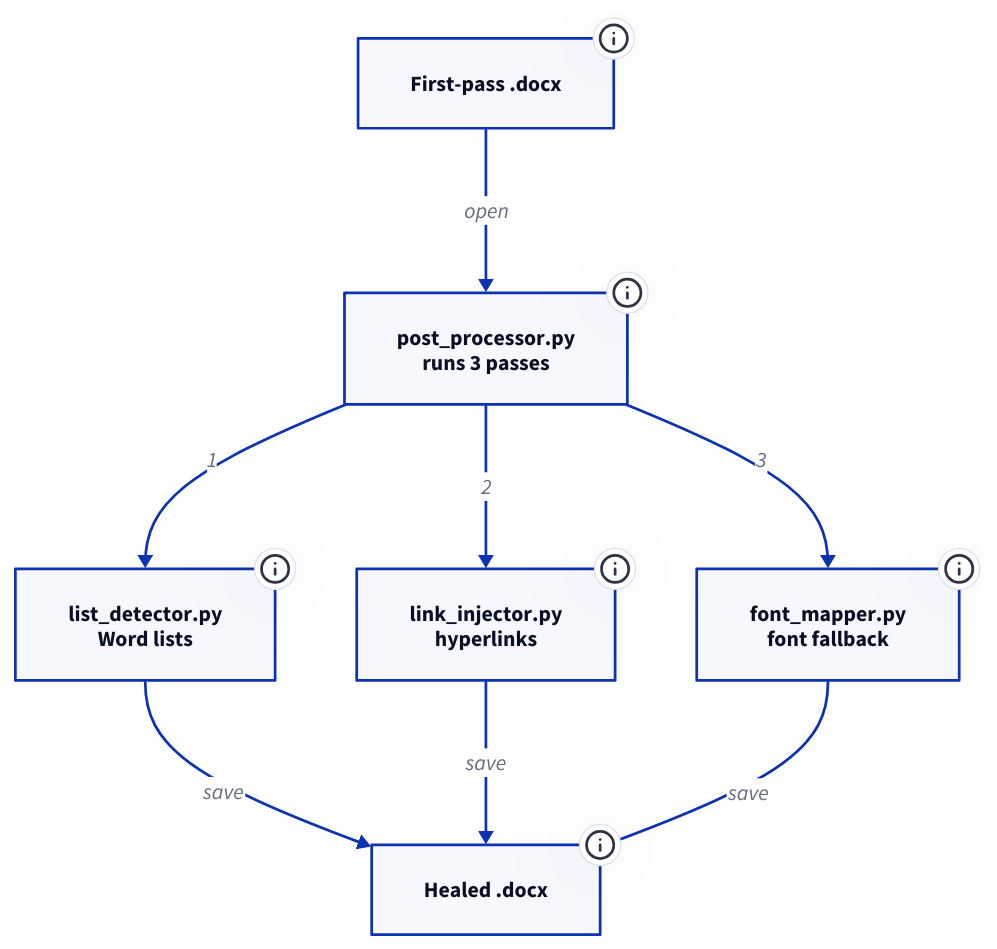
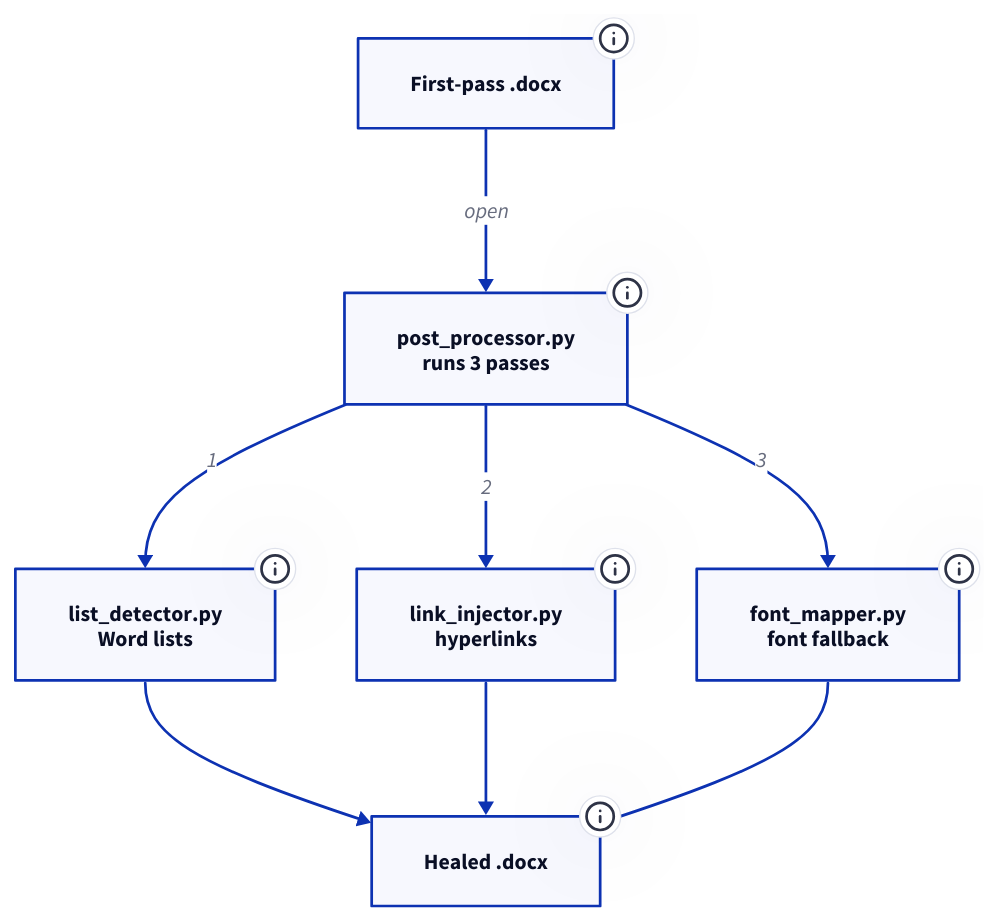
One commit to kunalgoesbyken/portfoliov1 changed the diagram in data/projects/diagrams/pdf2docx-healer-repair.d2. Above: the diagram before and after it, drawn with D2. The commit also changed 50 other files, not shown here.

First line of the commit message:
Fill the column with every architecture diagram

```diff
--- a/data/projects/diagrams/pdf2docx-healer-repair.d2
+++ b/data/projects/diagrams/pdf2docx-healer-repair.d2
@@ -1,37 +1,37 @@
 draft: First-pass .docx {
   class: store
   tooltip: "The file pdf2docx wrote. Each pass opens it with python-docx, edits it and saves it in place."
 }
 
 post: post_processor.py\nruns 3 passes {
   class: service
   tooltip: "Runs the three passes in a fixed order on the same file: lists first, so links and fonts land on the split paragraphs. Each pass opens the .docx with python-docx, edits it, saves it in place and runs inside its own try block."
 }
 
 lists: list_detector.py\nWord lists {
   class: service
   tooltip: "Splits merged paragraphs on bullet and number prefixes, reads nesting from the left indent and applies the built-in List Bullet and List Number styles. Lettered and roman lists get a generated OOXML numbering definition, and a sequence-reset check keeps titles like 4. Results as normal paragraphs."
 }
 
 links: link_injector.py\nhyperlinks {
   class: service
   tooltip: "Finds http, https, ftp, www and mailto text in body paragraphs and replaces it with w:hyperlink elements backed by external relationships, with blue underlined runs."
 }
 
 fonts: font_mapper.py\nfont fallback {
   class: service
   tooltip: "Looks the font name up in a fallback table, then falls back by Unicode range for CJK, Arabic, Hebrew, Thai, Devanagari and Cyrillic text, then to Arial."
 }
 
 docx: Healed .docx {
   class: store
   tooltip: "Each pass runs inside its own try block, so one failing pass never costs the fixes from the others."
 }
 
 draft -> post: open
 post -> lists: 1
 post -> links: 2
 post -> fonts: 3
-lists -> docx: save
-links -> docx: save
-fonts -> docx: save
+lists -> docx
+links -> docx
+fonts -> docx
```
